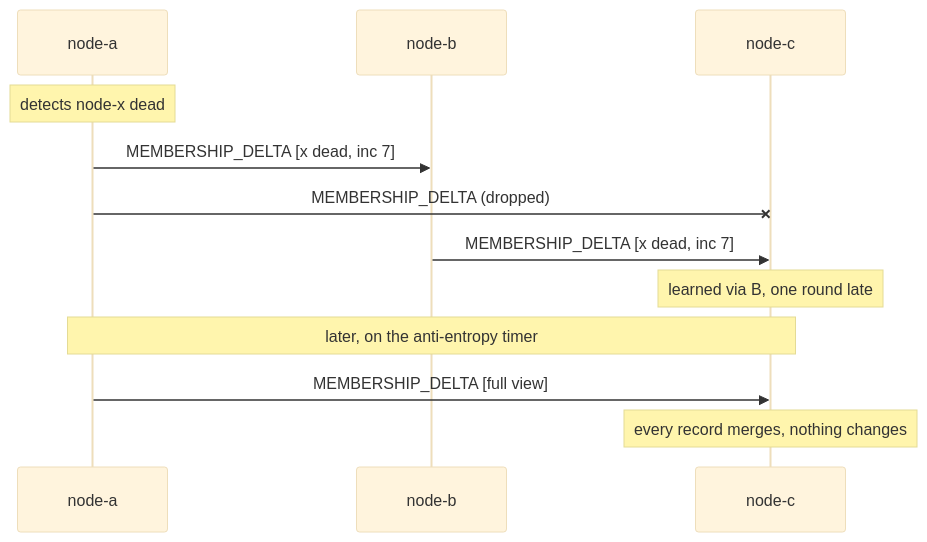
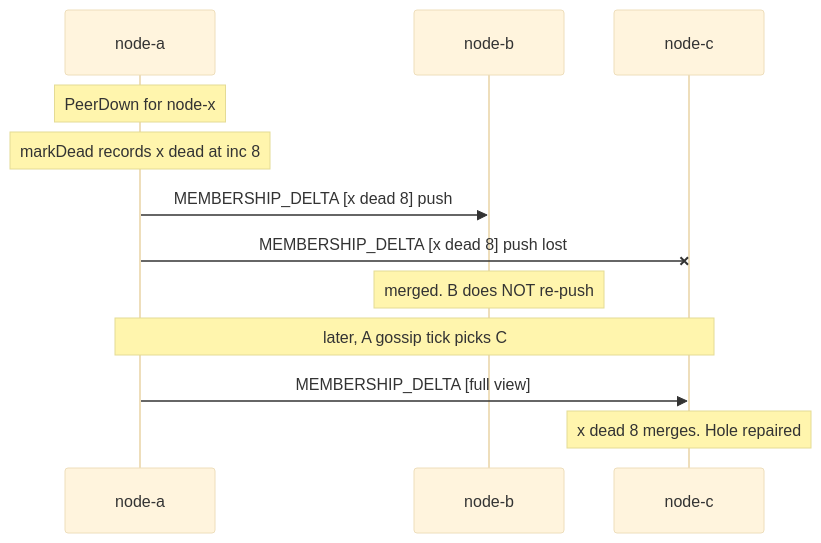
Before and after one commit to Aditya-Jyoti/swarm-communication: the first of 2 diagrams in docs/concepts/gossip-and-anti-entropy.md, drawn with Mermaid (base theme). The commit also changed other lines of this file, not shown here.

Commit message:
docs(concepts): rewrite gossip page for the shipped 3b design

````diff
--- a/docs/concepts/gossip-and-anti-entropy.md
+++ b/docs/concepts/gossip-and-anti-entropy.md
@@ -59,14 +33,14 @@
 ```mermaid
 sequenceDiagram
     participant A as node-a
     participant B as node-b
     participant C as node-c
-    Note over A: detects node-x dead
-    A->>B: MEMBERSHIP_DELTA [x dead, inc 7]
-    A-xC: MEMBERSHIP_DELTA (dropped)
-    B->>C: MEMBERSHIP_DELTA [x dead, inc 7]
-    Note over C: learned via B, one round late
-    Note over A,C: later, on the anti-entropy timer
+    Note over A: PeerDown for node-x
+    Note over A: markDead records x dead at inc 8
+    A->>B: MEMBERSHIP_DELTA [x dead 8] push
+    A-xC: MEMBERSHIP_DELTA [x dead 8] push lost
+    Note over B: merged. B does NOT re-push
+    Note over A,C: later, A gossip tick picks C
     A->>C: MEMBERSHIP_DELTA [full view]
-    Note over C: every record merges, nothing changes
+    Note over C: x dead 8 merges. Hole repaired
 ```
````
